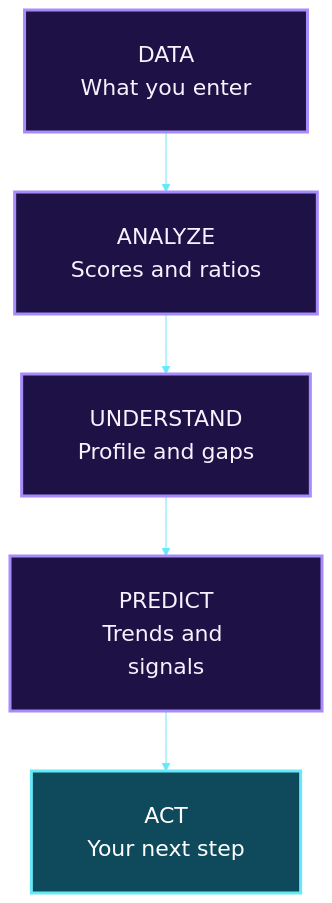
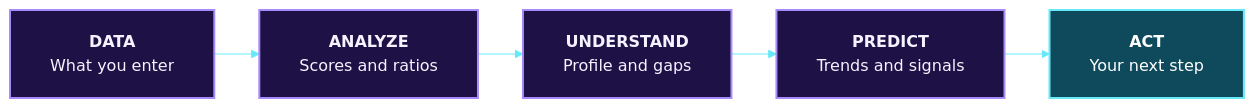
One commit to Mansi232323/MANSHORA changed the first of 13 diagrams in README.md. Above: the diagram before and after it, drawn with Mermaid. The commit also changed other lines of this file, not shown here.

````diff
--- a/README.md
+++ b/README.md
@@ -50,14 +38,12 @@
 ```mermaid
-%%{init: {'theme':'base','themeVariables':{'fontSize':'22px','fontFamily':'Arial, Helvetica, sans-serif','lineColor':'#67e8f9','clusterBkg':'#0f0f2b','clusterBorder':'#a78bfa','titleColor':'#e9d5ff','edgeLabelBackground':'#0f0f2b'},'flowchart':{'nodeSpacing':45,'rankSpacing':60,'padding':28,'htmlLabels':false,'useMaxWidth':true}}}%%
-flowchart TB
-    A["DATA<br/>What you enter"]
-    B["ANALYZE<br/>Scores and ratios"]
-    C["UNDERSTAND<br/>Profile and gaps"]
-    D["PREDICT<br/>Trends and signals"]
-    E["ACT<br/>Your next step"]
-    A --> B --> C --> D --> E
-    classDef step fill:#1e1145,stroke:#a78bfa,stroke-width:3px,color:#f5f3ff
-    classDef goal fill:#0e4a5c,stroke:#67e8f9,stroke-width:3px,color:#ffffff
+%%{init: {'theme':'base','themeVariables':{'fontSize':'16px','fontFamily':'Arial, Helvetica, sans-serif','primaryColor':'#1e1145','primaryTextColor':'#f5f3ff','primaryBorderColor':'#a78bfa','lineColor':'#67e8f9'},'flowchart':{'htmlLabels':true,'nodeSpacing':40,'rankSpacing':45,'padding':20,'wrappingWidth':260}}}%%
+flowchart LR
+    A["<b>DATA</b><br/>What you enter"] --> B["<b>ANALYZE</b><br/>Scores and ratios"]
+    B --> C["<b>UNDERSTAND</b><br/>Profile and gaps"]
+    C --> D["<b>PREDICT</b><br/>Trends and signals"]
+    D --> E["<b>ACT</b><br/>Your next step"]
+    classDef step fill:#1e1145,stroke:#a78bfa,stroke-width:2px,color:#f5f3ff
+    classDef goal fill:#0e4a5c,stroke:#67e8f9,stroke-width:2px,color:#ffffff
     class A,B,C,D step
     class E goal
 ```
````
